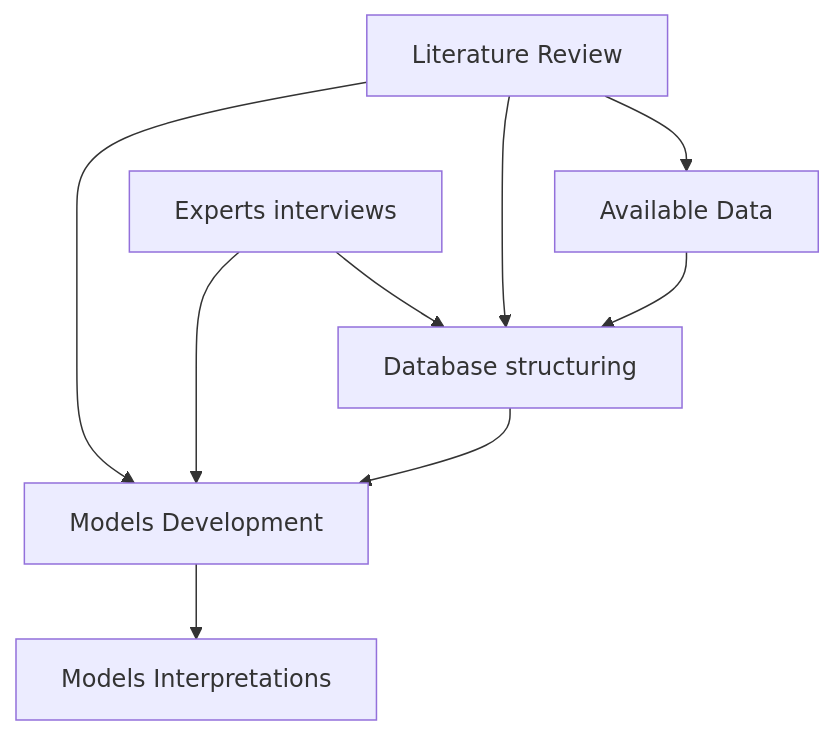
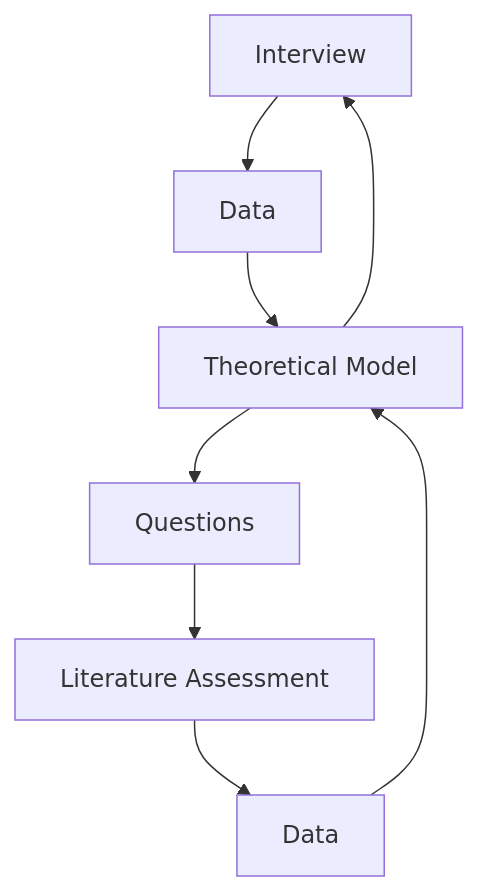
Before and after one commit to hugotseixas/tica-book: the second of 5 diagrams in 02_methods.qmd, drawn with Mermaid. The commit also changed other lines of this file, not shown here.

````diff
--- a/02_methods.qmd
+++ b/02_methods.qmd
@@ -26,17 +66,16 @@
 ```{mermaid}
-%%| label: fig-method-diagram
-%%| fig-cap: Workflow of the project
+%%| label: fig-theoretical-diagram
+%%| fig-cap: Workflow of theoretical model development
 %%| fig-responsive: true
 %%| fig-align: center
 
 flowchart TD
-    A[Literature Review] --> B[Available Data]
-    A[Literature Review] --> C[Database structuring]
-    B[Available Data] --> C[Database structuring]
-    D[Experts interviews] --> C[Database structuring]
-    C[Database structuring] --> E[Models Development]
-    A[Literature Review] --> E[Models Development]
-    D[Experts interviews] --> E[Models Development]
-    E[Models Development] --> G[Models Interpretations]
-
+    A[Interview] --> B[Data]
+    C[Questions] --> D[Literature Assessment]
+    D --> E[Data]
+    B --> F[Theoretical Model]
+    F --> C
+    E --> F
+    F --> A
+ 
 ```
````
